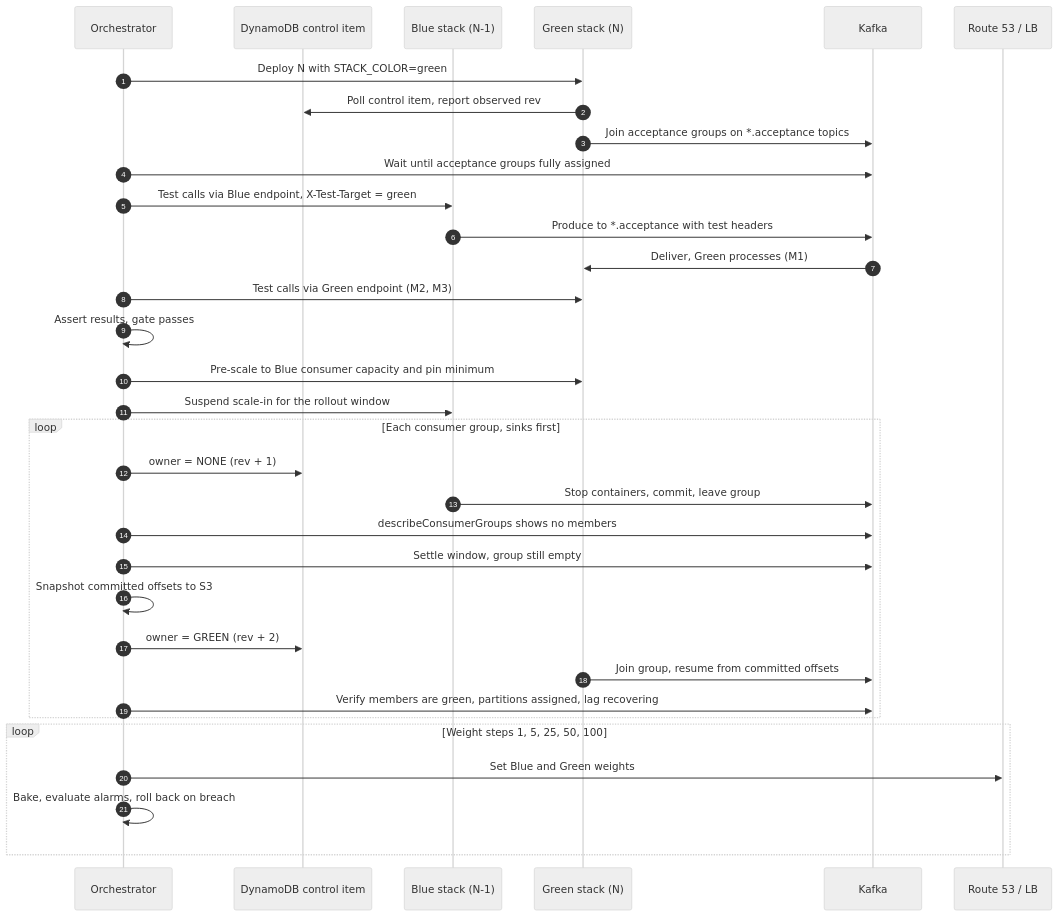
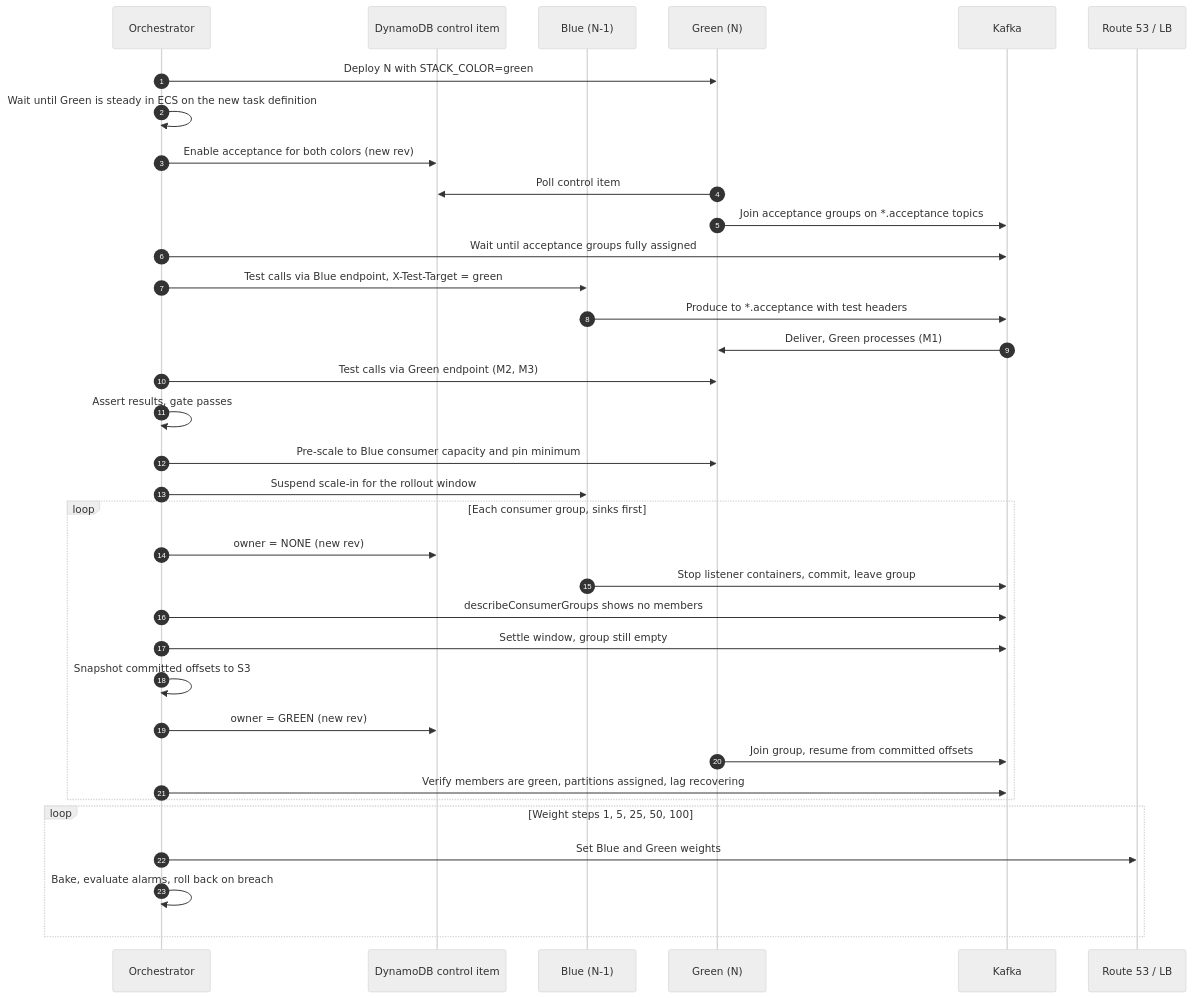
The first of 2 diagrams in consumer-canary-strategy.md (kr-shrey/personal-notes), drawn with Mermaid (neutral theme) before and after one commit. The commit also changed other lines of this file, not shown here.

````diff
--- a/consumer-canary-strategy.md
+++ b/consumer-canary-strategy.md
@@ -739,38 +737,40 @@
 ```mermaid
 sequenceDiagram
     autonumber
     participant O as Orchestrator
     participant D as DynamoDB control item
-    participant B as Blue stack (N-1)
-    participant G as Green stack (N)
+    participant B as Blue (N-1)
+    participant G as Green (N)
     participant K as Kafka
     participant R as Route 53 / LB
 
     O->>G: Deploy N with STACK_COLOR=green
-    G->>D: Poll control item, report observed rev
+    O->>O: Wait until Green is steady in ECS on the new task definition
+    O->>D: Enable acceptance for both colors (new rev)
+    G->>D: Poll control item
     G->>K: Join acceptance groups on *.acceptance topics
     O->>K: Wait until acceptance groups fully assigned
     O->>B: Test calls via Blue endpoint, X-Test-Target = green
     B->>K: Produce to *.acceptance with test headers
     K->>G: Deliver, Green processes (M1)
     O->>G: Test calls via Green endpoint (M2, M3)
     O->>O: Assert results, gate passes
     O->>G: Pre-scale to Blue consumer capacity and pin minimum
     O->>B: Suspend scale-in for the rollout window
 
     loop Each consumer group, sinks first
-        O->>D: owner = NONE (rev + 1)
-        B->>K: Stop containers, commit, leave group
+        O->>D: owner = NONE (new rev)
+        B->>K: Stop listener containers, commit, leave group
         O->>K: describeConsumerGroups shows no members
         O->>K: Settle window, group still empty
         O->>O: Snapshot committed offsets to S3
-        O->>D: owner = GREEN (rev + 2)
+        O->>D: owner = GREEN (new rev)
         G->>K: Join group, resume from committed offsets
         O->>K: Verify members are green, partitions assigned, lag recovering
     end
 
     loop Weight steps 1, 5, 25, 50, 100
         O->>R: Set Blue and Green weights
         O->>O: Bake, evaluate alarms, roll back on breach
     end
 ```
````
